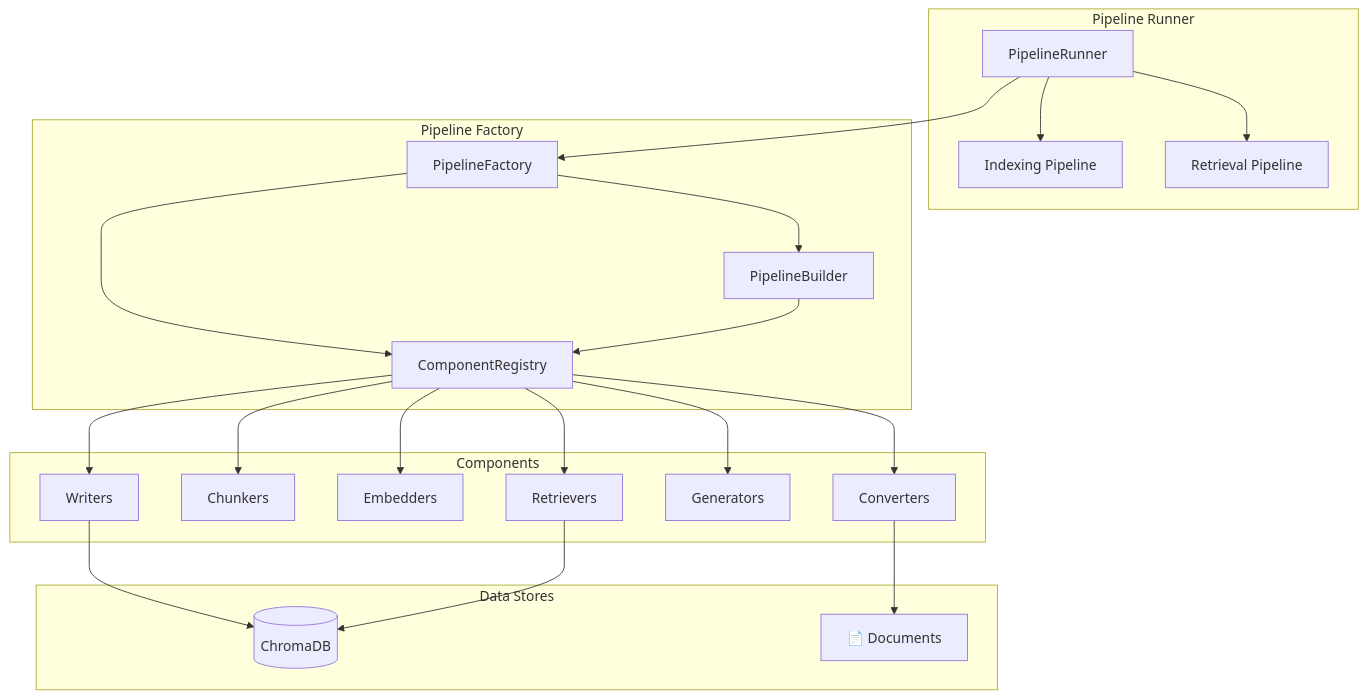
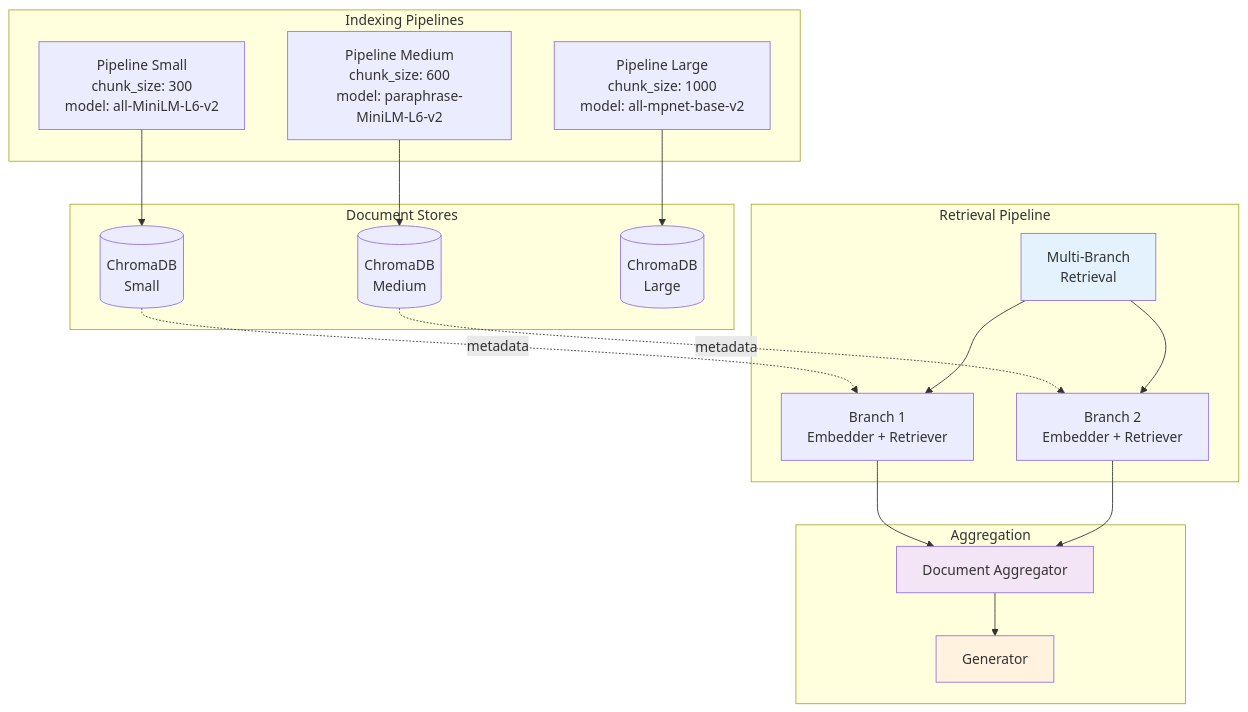
The first of 2 diagrams in README.md (arkhai-io/agentic-rag-green), drawn with Mermaid before and after one commit. The commit also changed other lines of this file and 1 other file, not shown here.

````diff
--- a/README.md
+++ b/README.md
@@ -7,41 +27,43 @@
 ```mermaid
 graph TB
-    subgraph "Pipeline Runner"
-        PR[PipelineRunner]
-        PR --> IPL[Indexing Pipeline]
-        PR --> RPL[Retrieval Pipeline]
+    subgraph "Indexing Pipelines"
+        IP1[Pipeline Small<br/>chunk_size: 300<br/>model: all-MiniLM-L6-v2]
+        IP2[Pipeline Medium<br/>chunk_size: 600<br/>model: paraphrase-MiniLM-L6-v2]
+        IP3[Pipeline Large<br/>chunk_size: 1000<br/>model: all-mpnet-base-v2]
     end
 
-    subgraph "Pipeline Factory"
-        PF[PipelineFactory]
-        PF --> PB[PipelineBuilder]
-        PF --> CR[ComponentRegistry]
+    subgraph "Document Stores"
+        DS1[(ChromaDB<br/>Small)]
+        DS2[(ChromaDB<br/>Medium)]
+        DS3[(ChromaDB<br/>Large)]
     end
 
-    subgraph "Components"
-        CONV[Converters]
-        CHUNK[Chunkers]
-        EMBED[Embedders]
-        RETR[Retrievers]
-        GEN[Generators]
-        WRITE[Writers]
+    subgraph "Retrieval Pipeline"
+        RP[Multi-Branch<br/>Retrieval]
+        B1[Branch 1<br/>Embedder + Retriever]
+        B2[Branch 2<br/>Embedder + Retriever]
     end
 
-    subgraph "Data Stores"
-        CHROMA[(ChromaDB)]
-        FILES[📄 Documents]
+    subgraph "Aggregation"
+        AGG[Document Aggregator]
+        GEN[Generator]
     end
 
-    PR --> PF
-    PB --> CR
-    CR --> CONV
-    CR --> CHUNK
-    CR --> EMBED
-    CR --> RETR
-    CR --> GEN
-    CR --> WRITE
+    IP1 --> DS1
+    IP2 --> DS2
+    IP3 --> DS3
 
-    WRITE --> CHROMA
-    RETR --> CHROMA
-    CONV --> FILES
+    DS1 -.metadata.-> B1
+    DS2 -.metadata.-> B2
+
+    RP --> B1
+    RP --> B2
+
+    B1 --> AGG
+    B2 --> AGG
+    AGG --> GEN
+
+    style RP fill:#e3f2fd
+    style AGG fill:#f3e5f5
+    style GEN fill:#fff3e0
 ```
````
